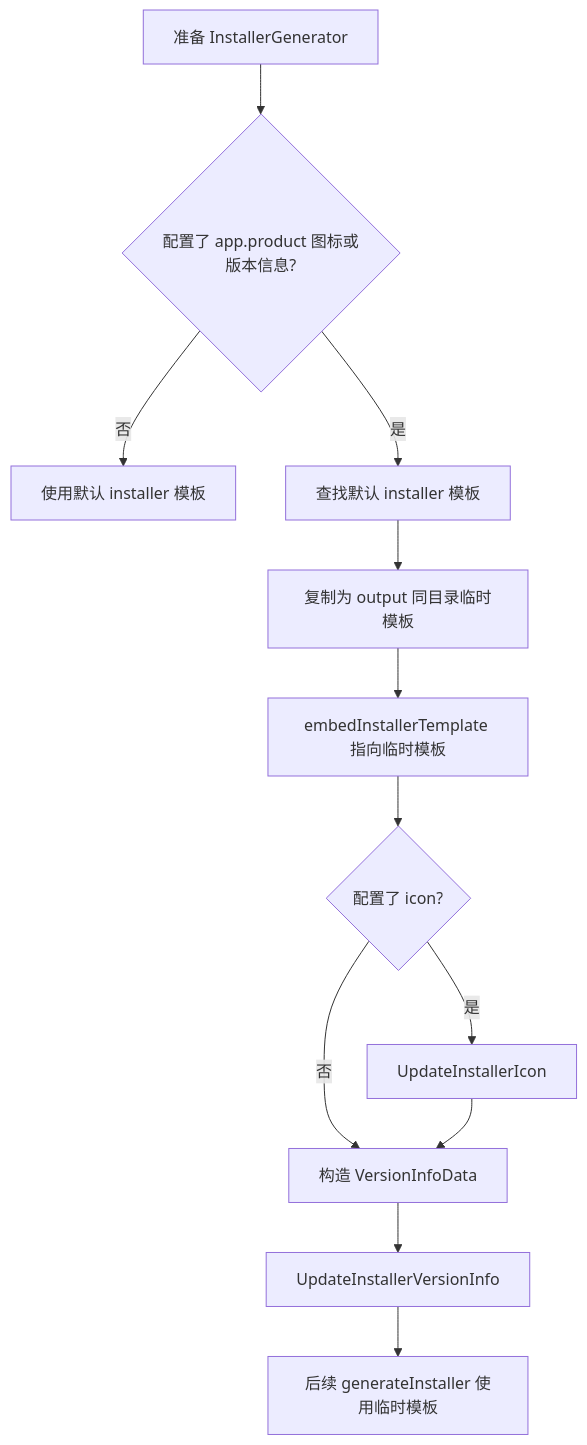
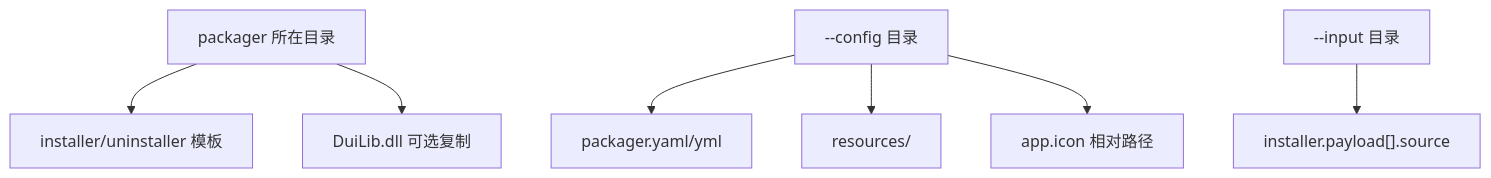
The sixth of 6 diagrams in docs/打包器流程图.md (lu020218/Multi-Threaded_Installer), drawn with Mermaid before and after one commit. The commit also changed other lines of this file and 63 other files, not shown here.

````diff
--- a/docs/打包器流程图.md
+++ b/docs/打包器流程图.md
@@ -139,14 +114,9 @@
 ```mermaid
 flowchart TD
-    A[准备 InstallerGenerator] --> B{配置了 app.product 图标或版本信息?}
-    B -->|否| C[使用默认 installer 模板]
-    B -->|是| D[查找默认 installer 模板]
-    D --> E[复制为 output 同目录临时模板]
-    E --> F[embedInstallerTemplate 指向临时模板]
-    F --> G{配置了 icon?}
-    G -->|是| G1[UpdateInstallerIcon]
-    G -->|否| H[构造 VersionInfoData]
-    G1 --> H
-    H --> I[UpdateInstallerVersionInfo]
-    I --> J[后续 generateInstaller 使用临时模板]
+    A["packager 所在目录"] --> B["installer/uninstaller 模板"]
+    A --> C["DuiLib.dll 可选复制"]
+    D["--config 目录"] --> E["packager.yaml/yml"]
+    D --> F["resources/"]
+    D --> G["app.icon 相对路径"]
+    H["--input 目录"] --> I["installer.payload[].source"]
 ```
````
